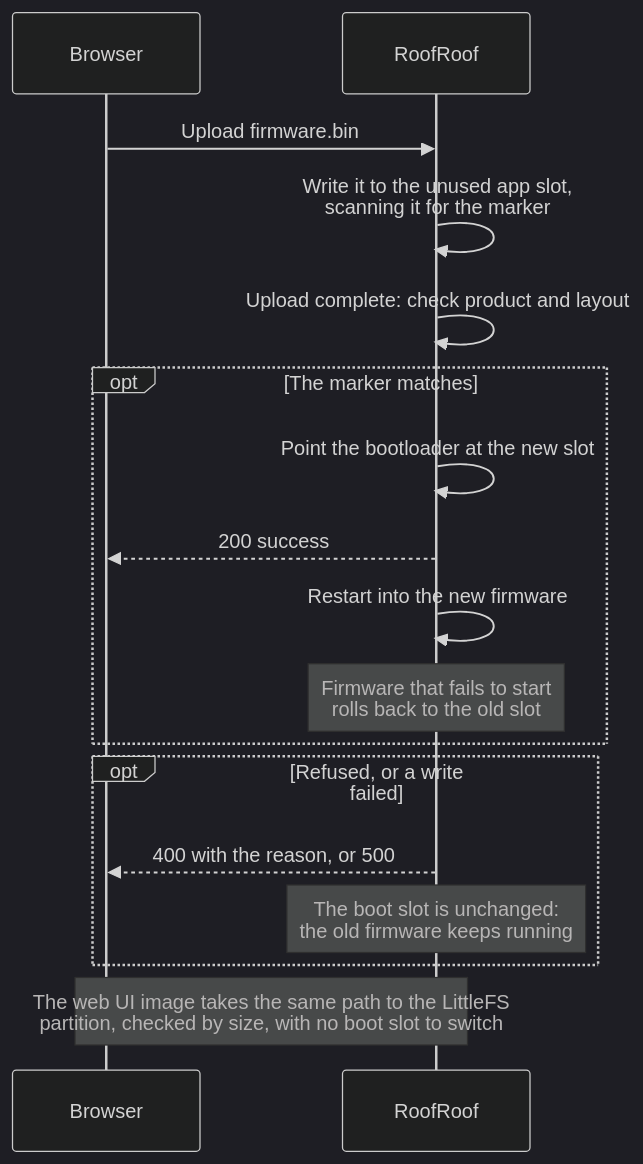
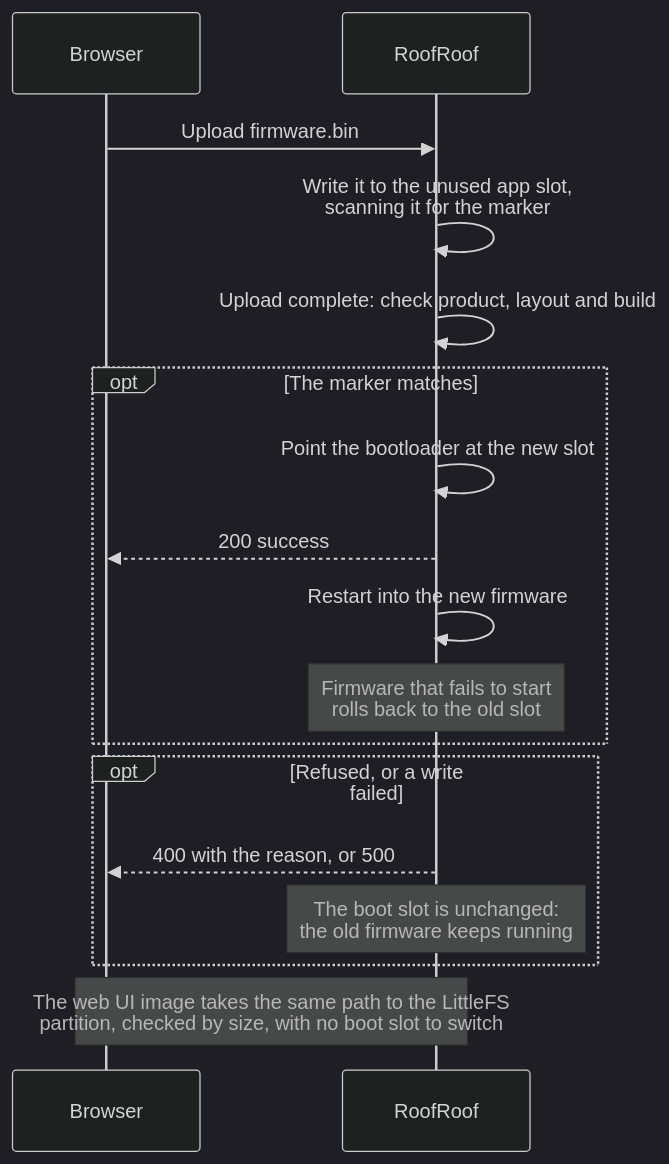
One commit to DeanJ87/RoofRoof changed the diagram in docs/user-guide/ota.md. Above: the diagram before and after it, drawn with Mermaid (dark theme). The commit also changed other lines of this file and 7 other files, not shown here.

Commit message:
011: diagrams re-checked against their sources (demo, OTA upload, code layers)

````diff
--- a/docs/user-guide/ota.md
+++ b/docs/user-guide/ota.md
@@ -120,21 +120,21 @@
 ```mermaid
 sequenceDiagram
     accTitle: Updating by file upload
-    accDescr: The browser sends a firmware file to the device. The device writes it to the unused app slot while scanning it for the RoofRoof marker. When the upload is complete it checks the product and layout, and only then points the bootloader at the new slot and restarts. A refused or failed upload leaves the old firmware booting, and new firmware that fails to start is rolled back.
+    accDescr: The browser sends a firmware file to the device. The device writes it to the unused app slot while scanning it for the RoofRoof marker. When the upload is complete it checks the product, the layout and the build (a bench-mode image is refused), and only then points the bootloader at the new slot and restarts. A refused or failed upload leaves the old firmware booting, and new firmware that fails to start is rolled back.
     participant B as Browser
     participant D as RoofRoof
     B->>D: Upload firmware.bin
     D->>D: Write it to the unused app slot,<br/>scanning it for the marker
-    D->>D: Upload complete: check product and layout
+    D->>D: Upload complete: check product, layout and build
     opt The marker matches
         D->>D: Point the bootloader at the new slot
         D-->>B: 200 success
         D->>D: Restart into the new firmware
         Note over D: Firmware that fails to start<br/>rolls back to the old slot
     end
     opt Refused, or a write failed
         D-->>B: 400 with the reason, or 500
         Note over D: The boot slot is unchanged:<br/>the old firmware keeps running
     end
     Note over B,D: The web UI image takes the same path to the LittleFS<br/>partition, checked by size, with no boot slot to switch
 ```
````
